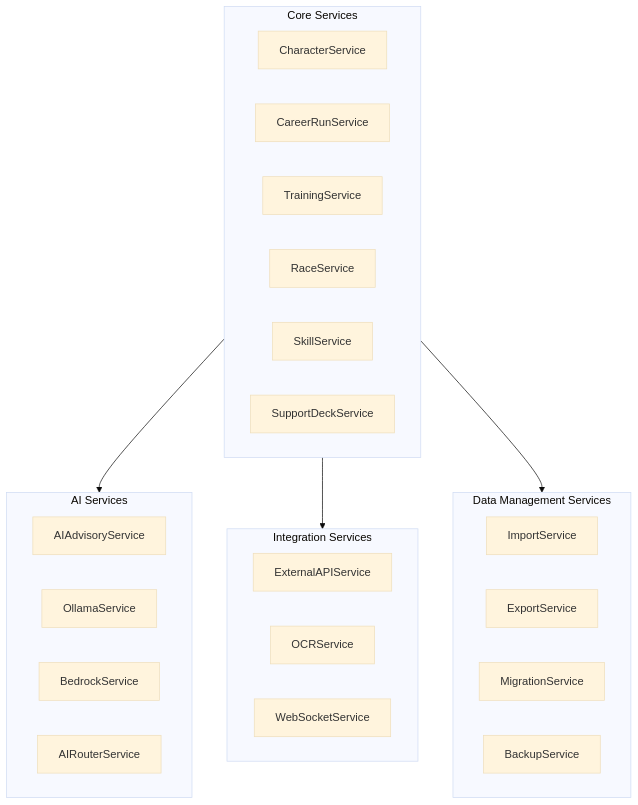
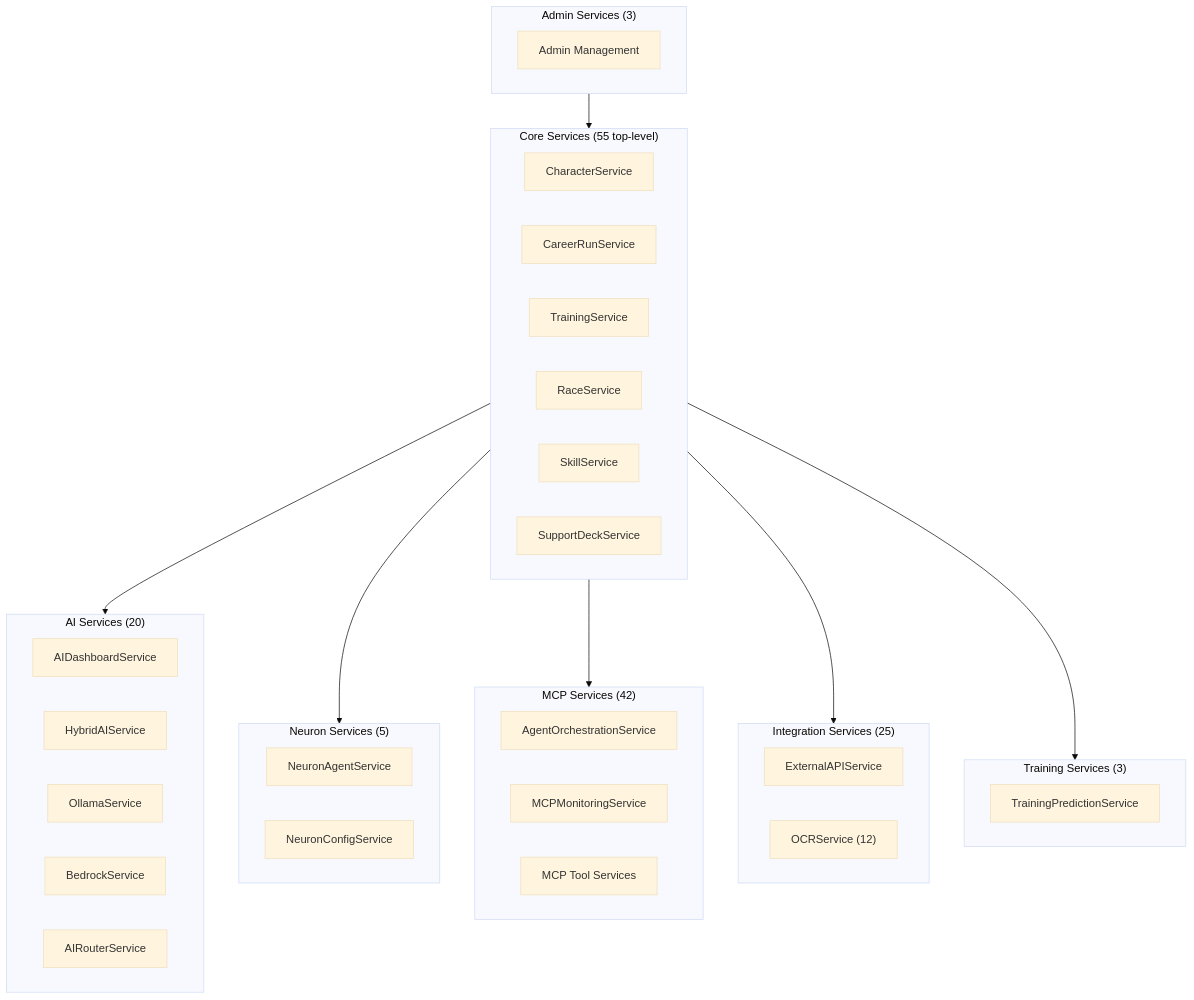
The sixth of 12 diagrams in docs/00-core-docs/004_SDS_Software_Design_Specifications.md (exatfrds67/umamusume-career-planner), drawn with Mermaid (base theme) before and after one commit. The commit also changed other lines of this file and 111 other files, not shown here.

````diff
--- a/docs/00-core-docs/004_SDS_Software_Design_Specifications.md
+++ b/docs/00-core-docs/004_SDS_Software_Design_Specifications.md
@@ -447,35 +472,50 @@
 ```mermaid
 flowchart TD
-    subgraph CoreServices["Core Services"]
+    subgraph CoreServices["Core Services (55 top-level)"]
         CharacterService["CharacterService"]
         CareerRunService["CareerRunService"]
         TrainingService["TrainingService"]
         RaceService["RaceService"]
         SkillService["SkillService"]
         SupportDeckService["SupportDeckService"]
     end
     
-    subgraph AIServices["AI Services"]
-        AIAdvisoryService["AIAdvisoryService"]
+    subgraph AIServices["AI Services (20)"]
+        AIDashboardService["AIDashboardService"]
+        HybridAIService["HybridAIService"]
         OllamaService["OllamaService"]
         BedrockService["BedrockService"]
         AIRouterService["AIRouterService"]
     end
     
-    subgraph IntegrationServices["Integration Services"]
-        ExternalAPIService["ExternalAPIService"]
-        OCRService["OCRService"]
-        WebSocketService["WebSocketService"]
+    subgraph NeuronServices["Neuron Services (5)"]
+        NeuronAgentService["NeuronAgentService"]
+        NeuronConfigService["NeuronConfigService"]
     end
     
-    subgraph DataServices["Data Management Services"]
-        ImportService["ImportService"]
-        ExportService["ExportService"]
-        MigrationService["MigrationService"]
-        BackupService["BackupService"]
+    subgraph MCPServices["MCP Services (42)"]
+        AgentOrchestration["AgentOrchestrationService"]
+        MCPMonitoring["MCPMonitoringService"]
+        MCPTools["MCP Tool Services"]
+    end
+    
+    subgraph IntegrationServices["Integration Services (25)"]
+        ExternalAPIService["ExternalAPIService"]
+        OCRService["OCRService (12)"]
+    end
+    
+    subgraph TrainingServices["Training Services (3)"]
+        TrainingPrediction["TrainingPredictionService"]
+    end
+    
+    subgraph AdminServices["Admin Services (3)"]
+        AdminService["Admin Management"]
     end
     
     CoreServices --> AIServices
+    CoreServices --> NeuronServices
+    CoreServices --> MCPServices
     CoreServices --> IntegrationServices
-    CoreServices --> DataServices
+    CoreServices --> TrainingServices
+    AdminServices --> CoreServices
 ```
````
